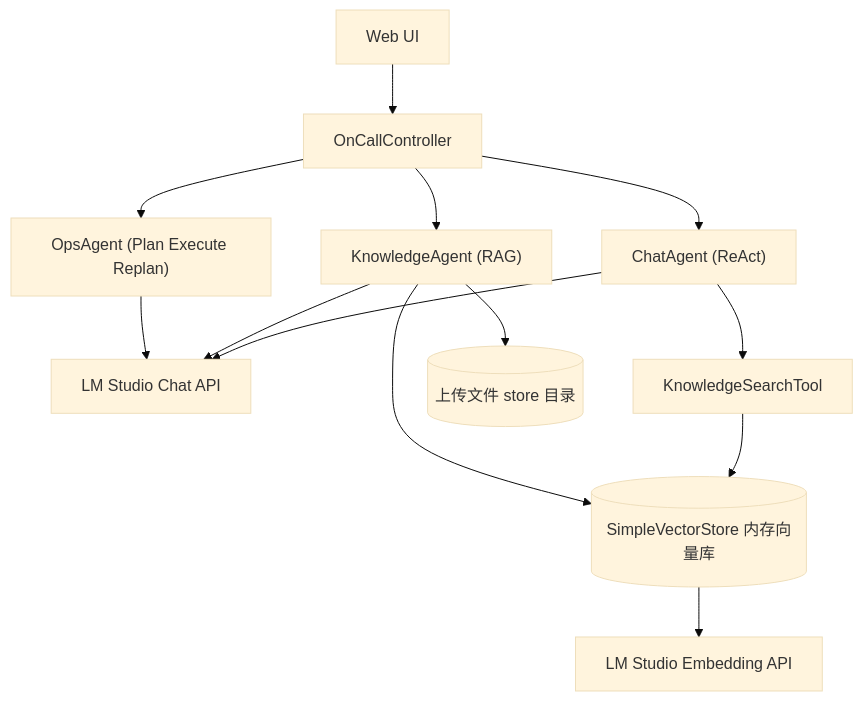
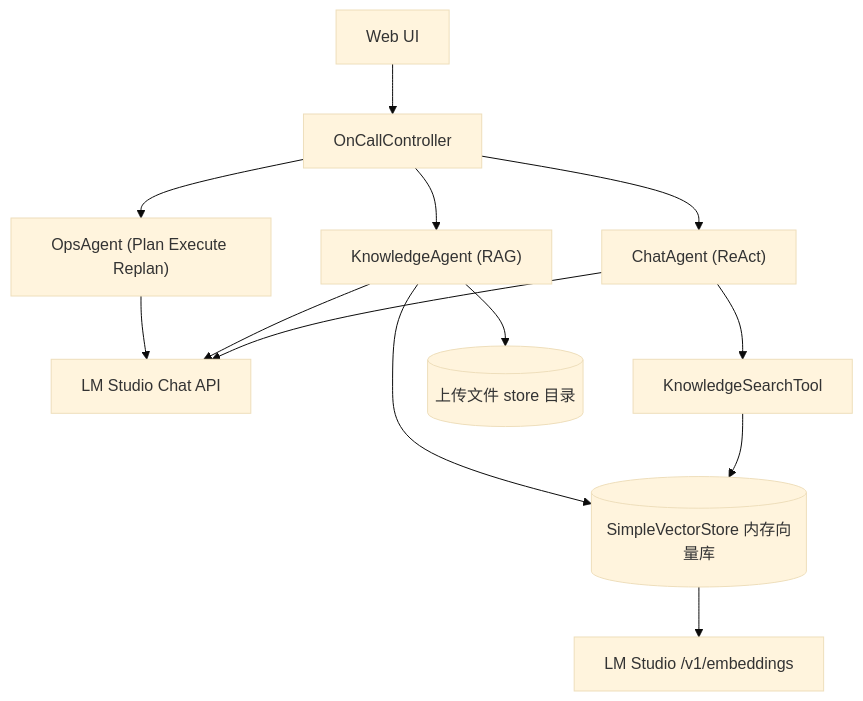
The diagram in README.md (de-luce/OnCall_Agent), drawn with Mermaid (base theme) before and after one commit. The commit also changed other lines of this file and 23 other files, not shown here.

First line of the commit message:
Switch to LM Studio OpenAI-compatible embeddings and simplify the stack.

````diff
--- a/README.md
+++ b/README.md
@@ -21,19 +21,19 @@
 ```mermaid
 flowchart TB
     UI["Web UI"] --> API["OnCallController"]
     API --> Chat["ChatAgent (ReAct)"]
     API --> Knowledge["KnowledgeAgent (RAG)"]
     API --> Ops["OpsAgent (Plan Execute Replan)"]
 
     Chat --> LLM["LM Studio Chat API"]
     Knowledge --> LLM
     Ops --> LLM
 
     Chat --> Tool["KnowledgeSearchTool"]
     Tool --> VS[("SimpleVectorStore 内存向量库")]
     Knowledge --> VS
 
-    VS --> Embed["LM Studio Embedding API"]
+    VS --> Embed["LM Studio /v1/embeddings"]
 
     Knowledge --> Store[("上传文件 store 目录")]
 ```
````
